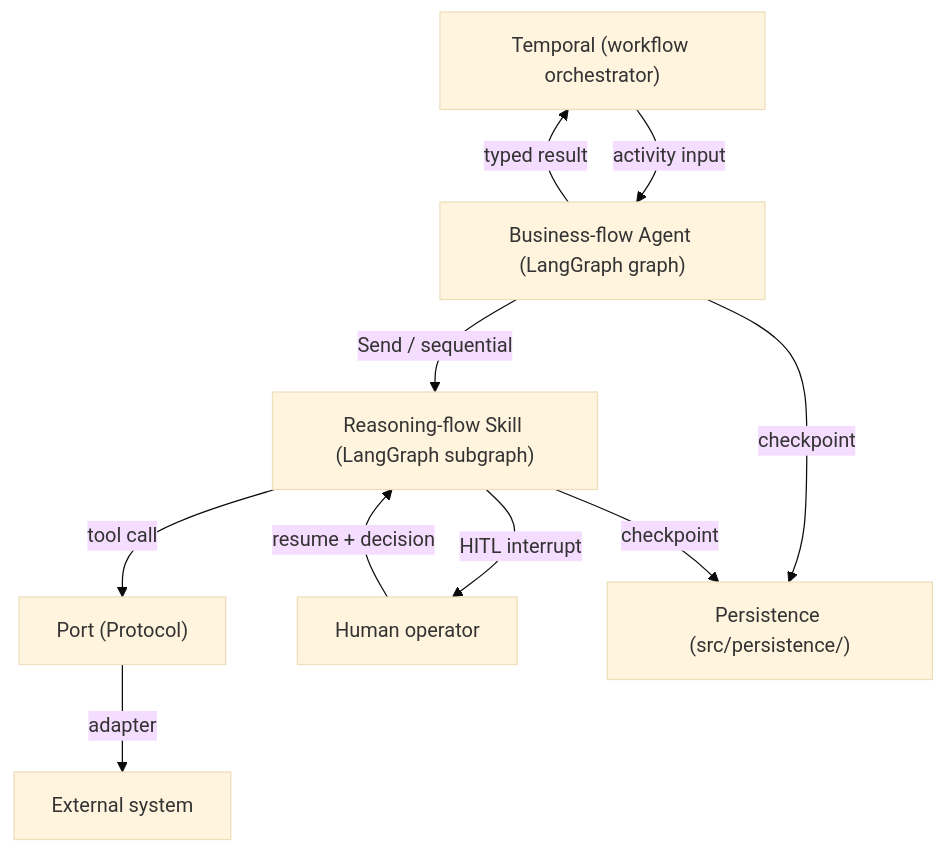
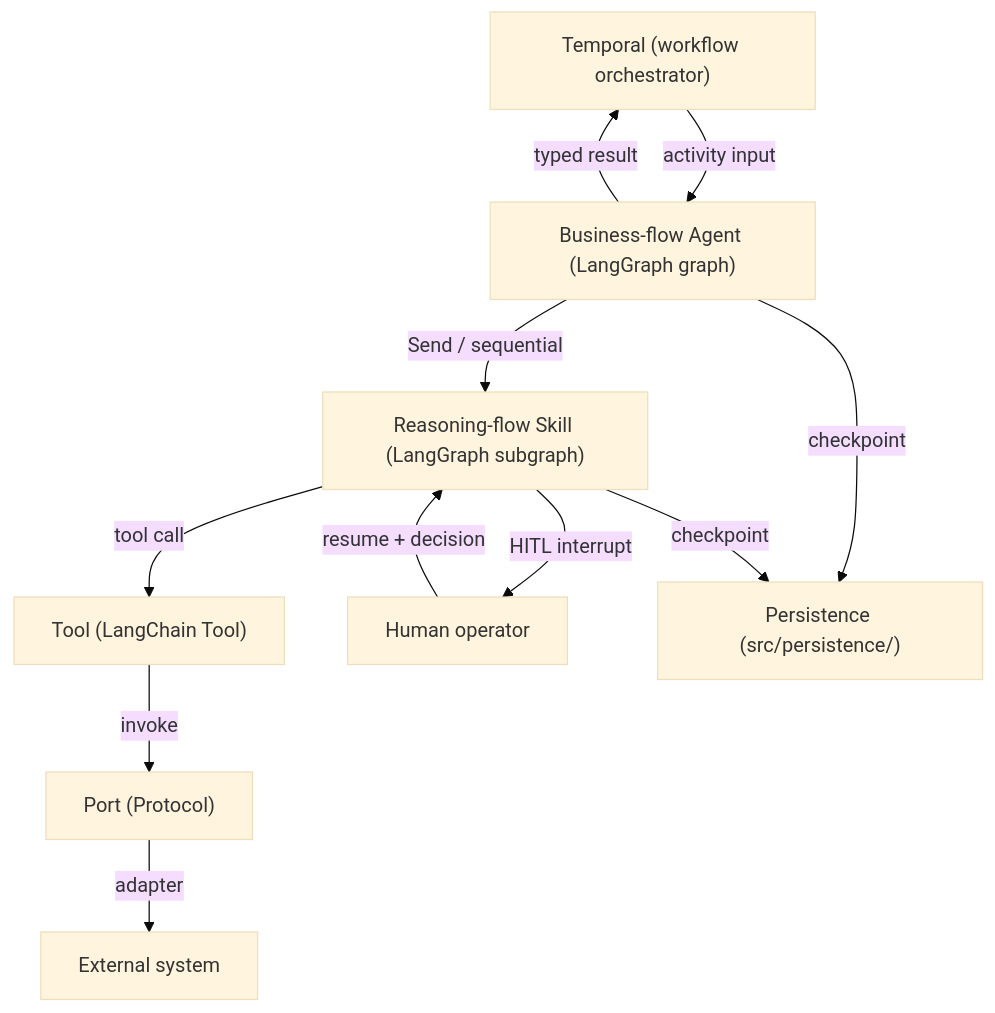
One commit to Dmitry-Orekhov/agentic-sdlc-scaffolding changed the diagram in docs/architecture/agents.md. Above: the diagram before and after it, drawn with Mermaid (base theme). The commit also changed other lines of this file, not shown here.

````diff
--- a/docs/architecture/agents.md
+++ b/docs/architecture/agents.md
@@ -19,12 +19,13 @@
 ```mermaid
 graph TD
     TMP["Temporal (workflow orchestrator)"]
     TMP -->|activity input| BFA["Business-flow Agent (LangGraph graph)"]
     BFA -->|Send / sequential| SK["Reasoning-flow Skill (LangGraph subgraph)"]
-    SK -->|tool call| PT["Port (Protocol)"]
+    SK -->|tool call| TL["Tool (LangChain Tool)"]
+    TL -->|invoke| PT["Port (Protocol)"]
     PT -->|adapter| EX["External system"]
     SK -->|HITL interrupt| HU["Human operator"]
     HU -->|resume + decision| SK
     BFA -->|typed result| TMP
     BFA & SK -->|checkpoint| PS["Persistence (src/persistence/)"]
 ```
````
